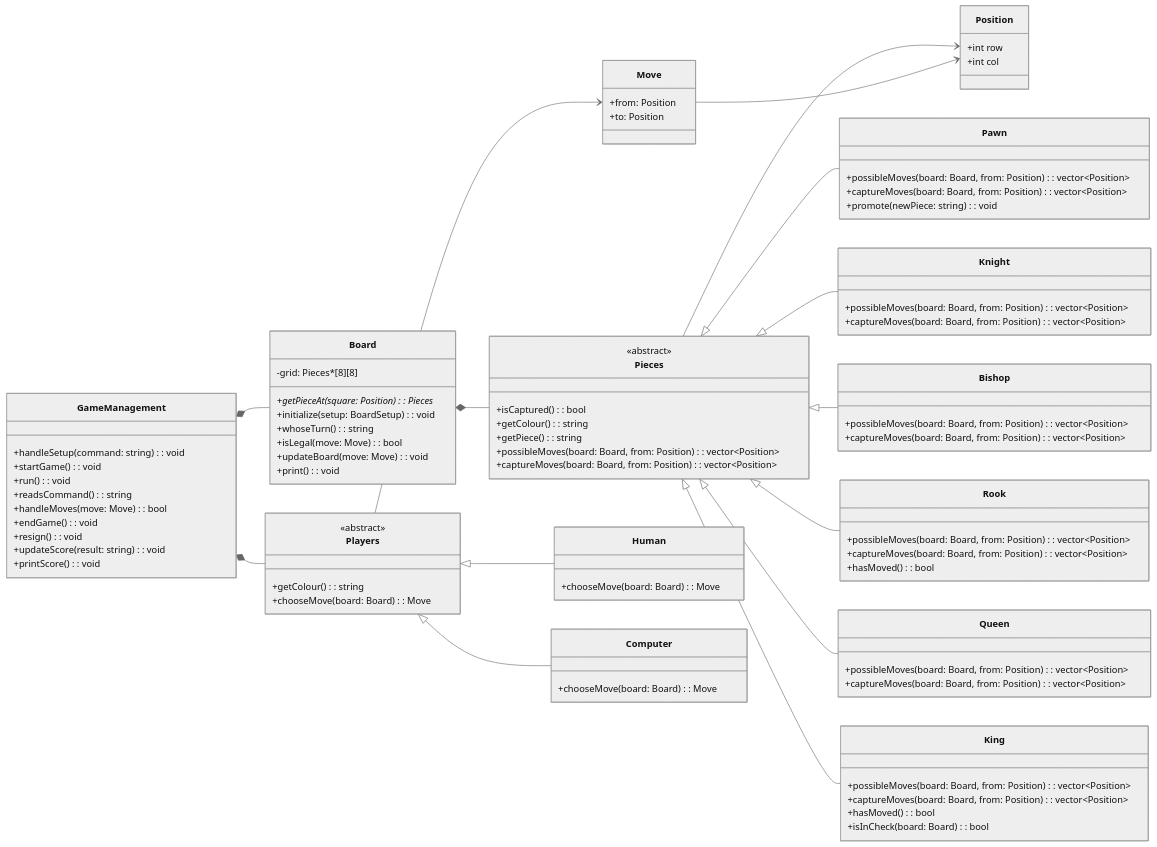
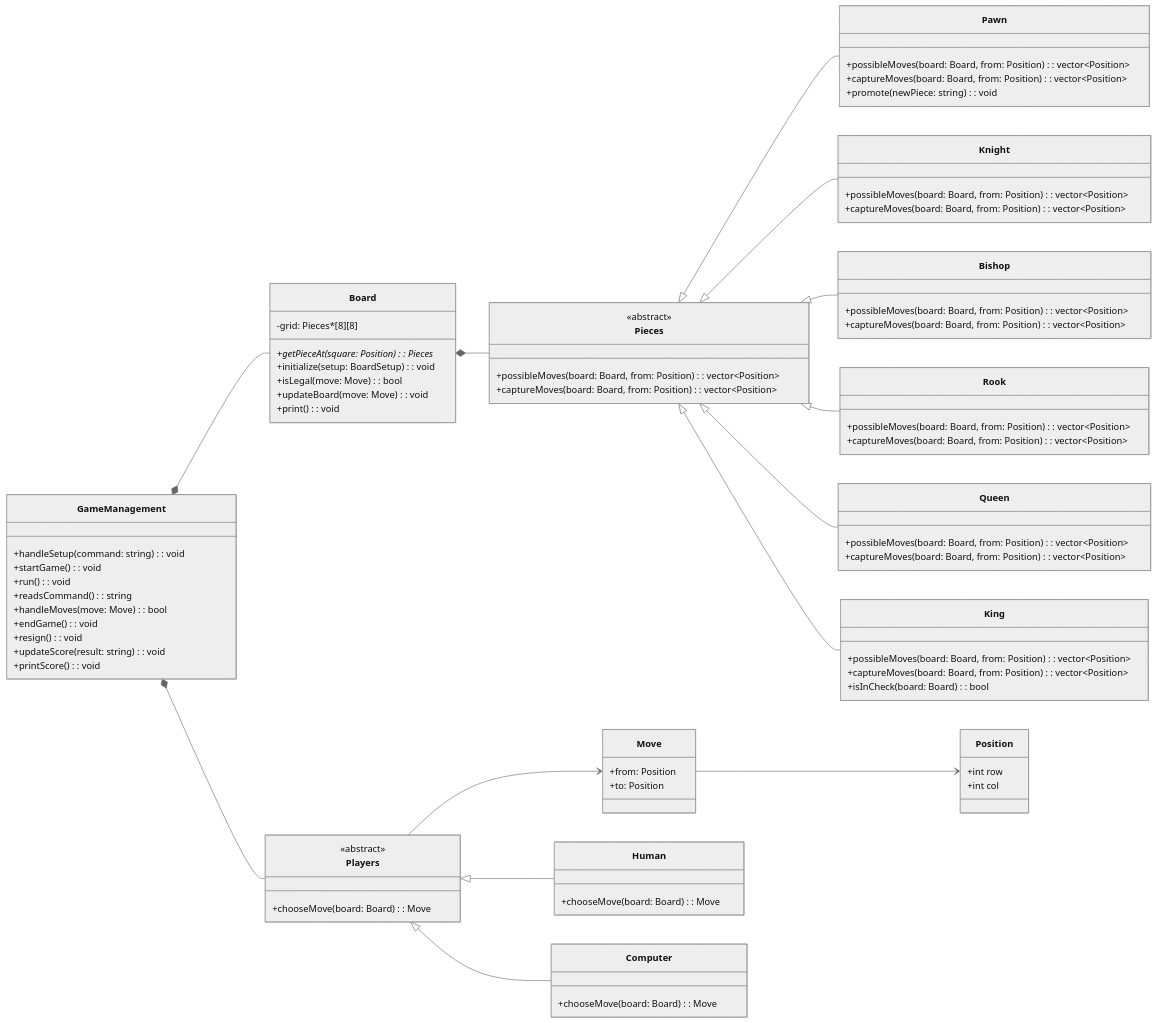
Before and after one commit to gbean-26/B07project: the diagram in PLAN.md, drawn with Mermaid (neutral theme).

Commit message:
Remove simple accessors from UML according to project guideline

```diff
--- a/PLAN.md
+++ b/PLAN.md
@@ -9,9 +9,6 @@
     }
     class Pieces {
         <<abstract>>
-        +isCaptured(): bool
-        +getColour(): string
-        +getPiece(): string
         +possibleMoves(board: Board, from: Position): vector~Position~
         +captureMoves(board: Board, from: Position): vector~Position~
     }
@@ -31,7 +28,6 @@
     class Rook {
         +possibleMoves(board: Board, from: Position): vector~Position~
         +captureMoves(board: Board, from: Position): vector~Position~
-        +hasMoved(): bool
     }
     class Queen {
         +possibleMoves(board: Board, from: Position): vector~Position~
@@ -40,10 +36,8 @@
     class King {
         +possibleMoves(board: Board, from: Position): vector~Position~
         +captureMoves(board: Board, from: Position): vector~Position~
-        +hasMoved(): bool
         +isInCheck(board: Board): bool
     }
-    Pieces --> Position
     Pieces <|-- Pawn
     Pieces <|-- Knight
     Pieces <|-- Bishop
@@ -55,7 +49,6 @@
         -grid: Pieces*[8][8]
         +getPieceAt(square: Position): Pieces*
         +initialize(setup: BoardSetup): void
-        +whoseTurn(): string
         +isLegal(move: Move): bool
         +updateBoard(move: Move): void
         +print(): void
@@ -68,7 +61,6 @@
 
     class Players {
         <<abstract>>
-        +getColour(): string
         +chooseMove(board: Board): Move
     }
     class Human {
```
